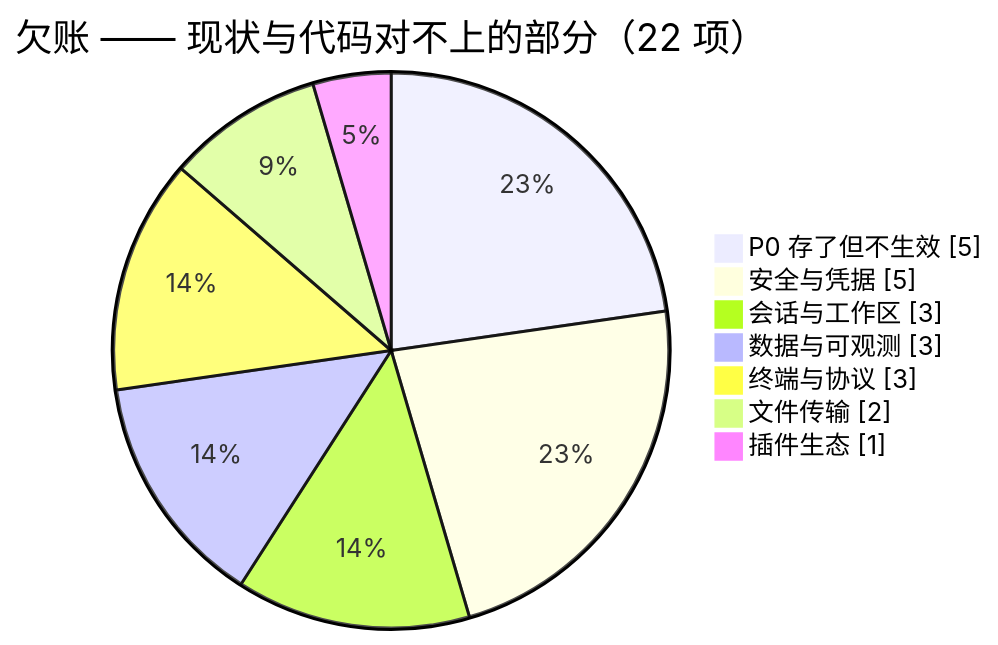
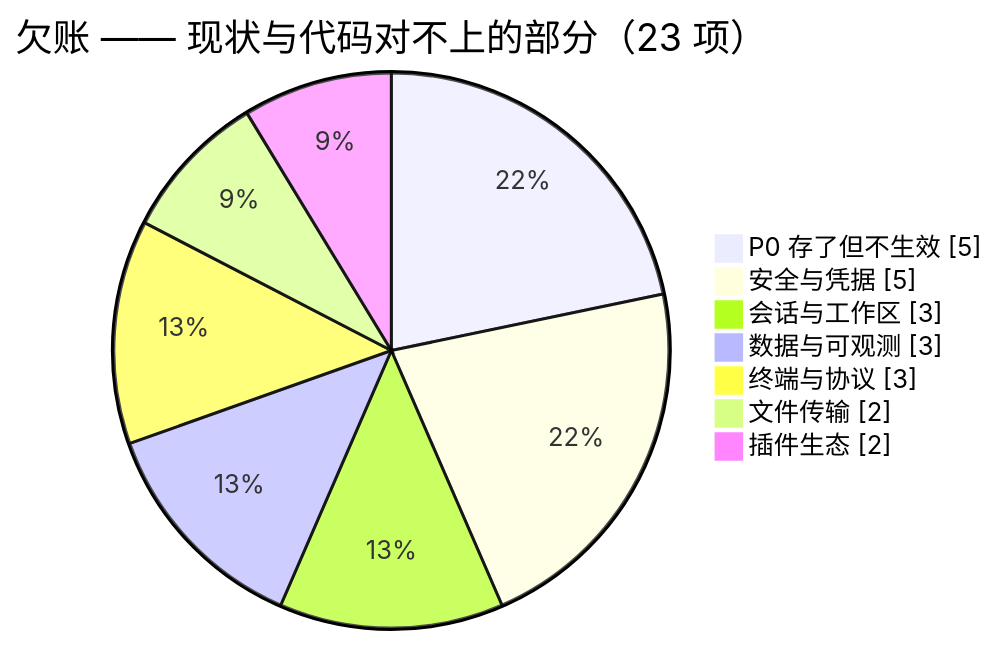
Before and after one commit to joesdu/VelaShell: the first of 2 diagrams in feature-plan.md, drawn with Mermaid. The commit also changed other lines of this file and 31 other files, not shown here.

First line of the commit message:
feat(plugins): 插件窗口的标题栏也跟着自己的图标走 (#427)

````diff
--- a/feature-plan.md
+++ b/feature-plan.md
@@ -39,11 +39,11 @@
 ```mermaid
 pie showData
-    title 欠账 —— 现状与代码对不上的部分（22 项）
+    title 欠账 —— 现状与代码对不上的部分（23 项）
     "P0 存了但不生效" : 5
     "安全与凭据" : 5
     "会话与工作区" : 3
     "数据与可观测" : 3
     "终端与协议" : 3
     "文件传输" : 2
-    "插件生态" : 1
+    "插件生态" : 2
 ```
````
